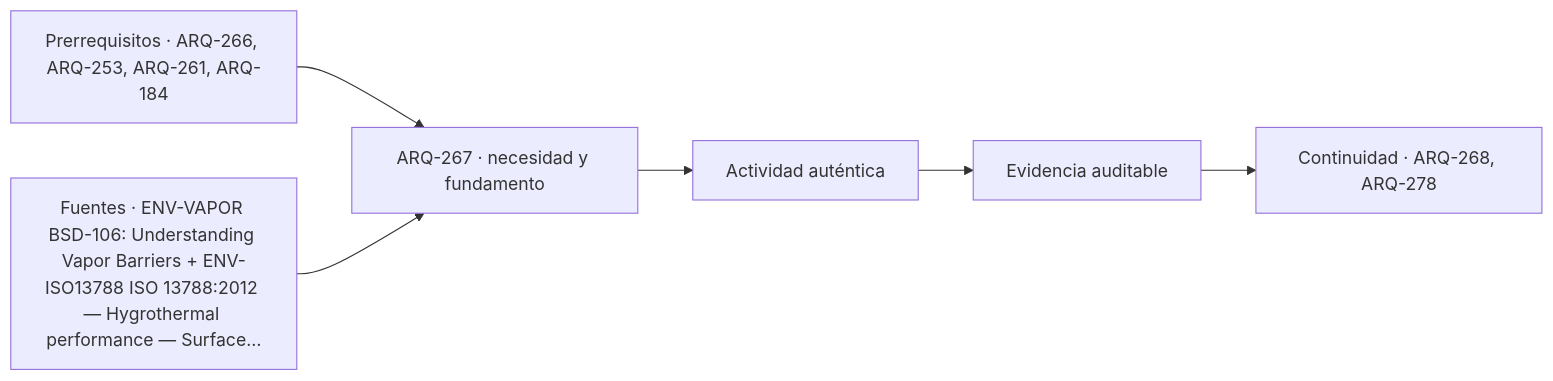
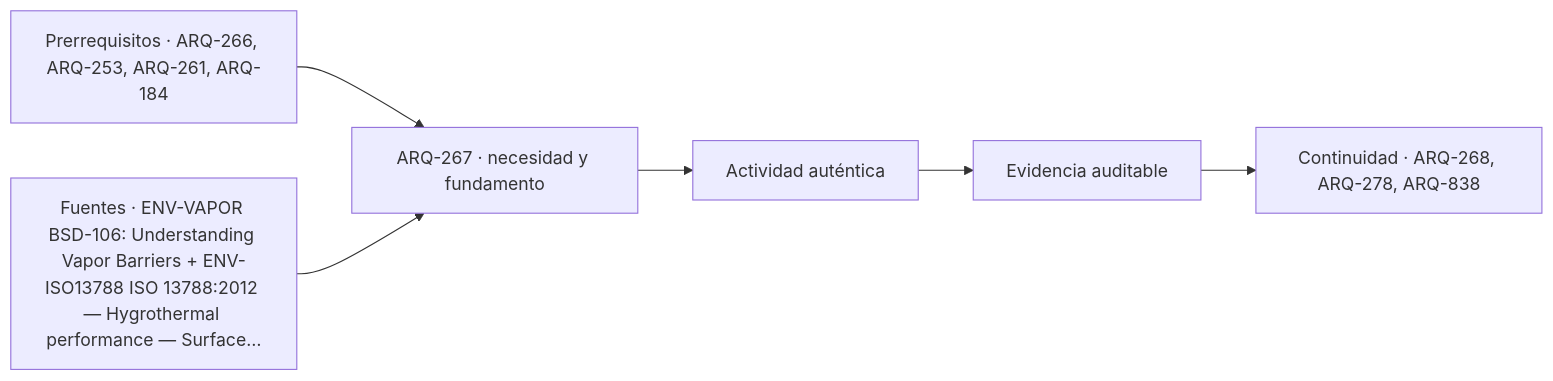
The diagram in classes/parte-27/ARQ-267.md (vladimiracunadev-create/architecture-built-environment-learning-program), drawn with Mermaid before and after one commit. The commit also changed other lines of this file and 182 other files, not shown here.

````diff
--- a/classes/parte-27/ARQ-267.md
+++ b/classes/parte-27/ARQ-267.md
@@ -129,8 +129,8 @@
 ```mermaid
 flowchart LR
     A["Prerrequisitos · ARQ-266, ARQ-253, ARQ-261, ARQ-184"] --> B["ARQ-267 · necesidad y fundamento"]
     S["Fuentes · ENV-VAPOR BSD-106: Understanding Vapor Barriers + ENV-ISO13788 ISO 13788:2012 — Hygrothermal performance — Surface…"] --> B
     B --> C["Actividad auténtica"]
     C --> D["Evidencia auditable"]
-    D --> E["Continuidad · ARQ-268, ARQ-278"]
+    D --> E["Continuidad · ARQ-268, ARQ-278, ARQ-838"]
 ```
````
